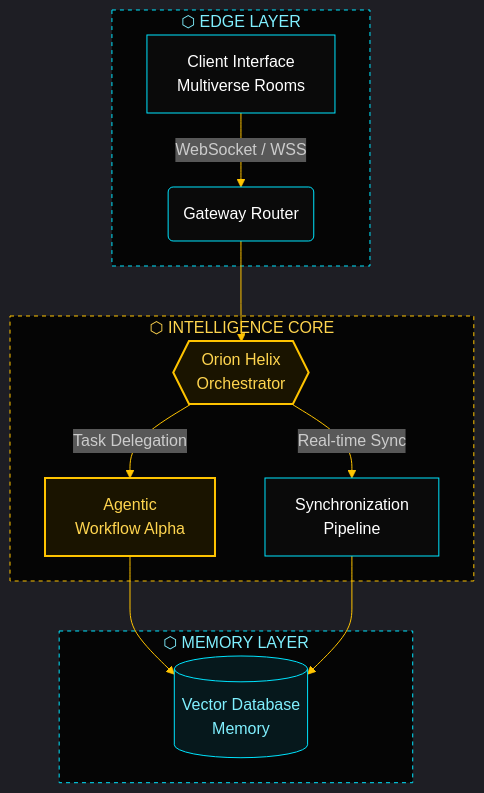
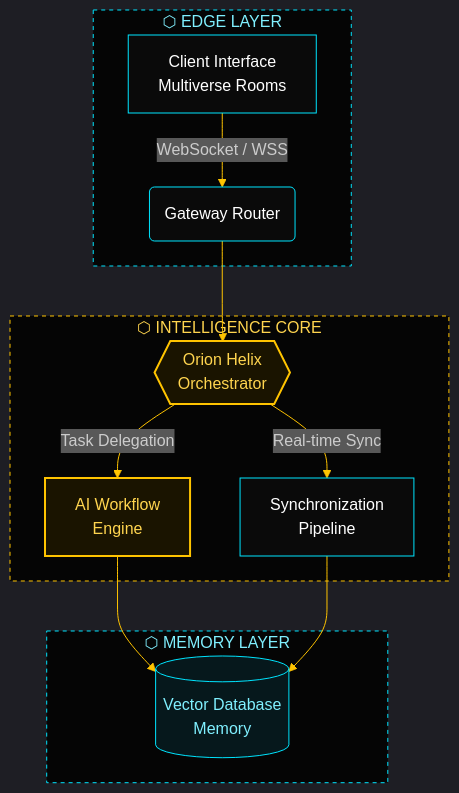
Before and after one commit to SingularityHorizon/.github: the diagram in profile/README.md, drawn with Mermaid. The commit also changed other lines of this file, not shown here.

````diff
--- a/profile/README.md
+++ b/profile/README.md
@@ -53,33 +100,33 @@
 ```mermaid
 %%{init: {'theme':'dark','themeVariables':{'primaryColor':'#0a0a0a','primaryTextColor':'#ffffff','primaryBorderColor':'#00E5FF','lineColor':'#FFC400','fontFamily':'monospace'}}}%%
 flowchart TD
     classDef core fill:#0a0a0a,stroke:#00E5FF,stroke-width:1px,color:#ffffff;
     classDef agent fill:#1a1400,stroke:#FFC400,stroke-width:2px,color:#FFD54F;
     classDef data fill:#06181c,stroke:#00E5FF,stroke-width:1px,color:#80F0FF;
 
     subgraph EDGE["⬡ EDGE LAYER"]
         A["Client Interface<br/>Multiverse Rooms"]:::core
         B("Gateway Router"):::core
     end
 
     subgraph INTEL["⬡ INTELLIGENCE CORE"]
         C{{"Orion Helix<br/>Orchestrator"}}:::agent
-        D["Agentic<br/>Workflow Alpha"]:::agent
+        D["AI Workflow<br/>Engine"]:::agent
         E["Synchronization<br/>Pipeline"]:::core
     end
 
     subgraph MEMORY["⬡ MEMORY LAYER"]
         F[("Vector Database<br/>Memory")]:::data
     end
 
     A -->|"WebSocket / WSS"| B
     B --> C
     C -->|"Task Delegation"| D
     C -->|"Real-time Sync"| E
     D --> F
     E --> F
 
     style EDGE fill:#050505,stroke:#00E5FF,stroke-dasharray: 4 4,color:#80F0FF
     style INTEL fill:#050505,stroke:#FFC400,stroke-dasharray: 4 4,color:#FFD54F
     style MEMORY fill:#050505,stroke:#00E5FF,stroke-dasharray: 4 4,color:#80F0FF
 ```
````
